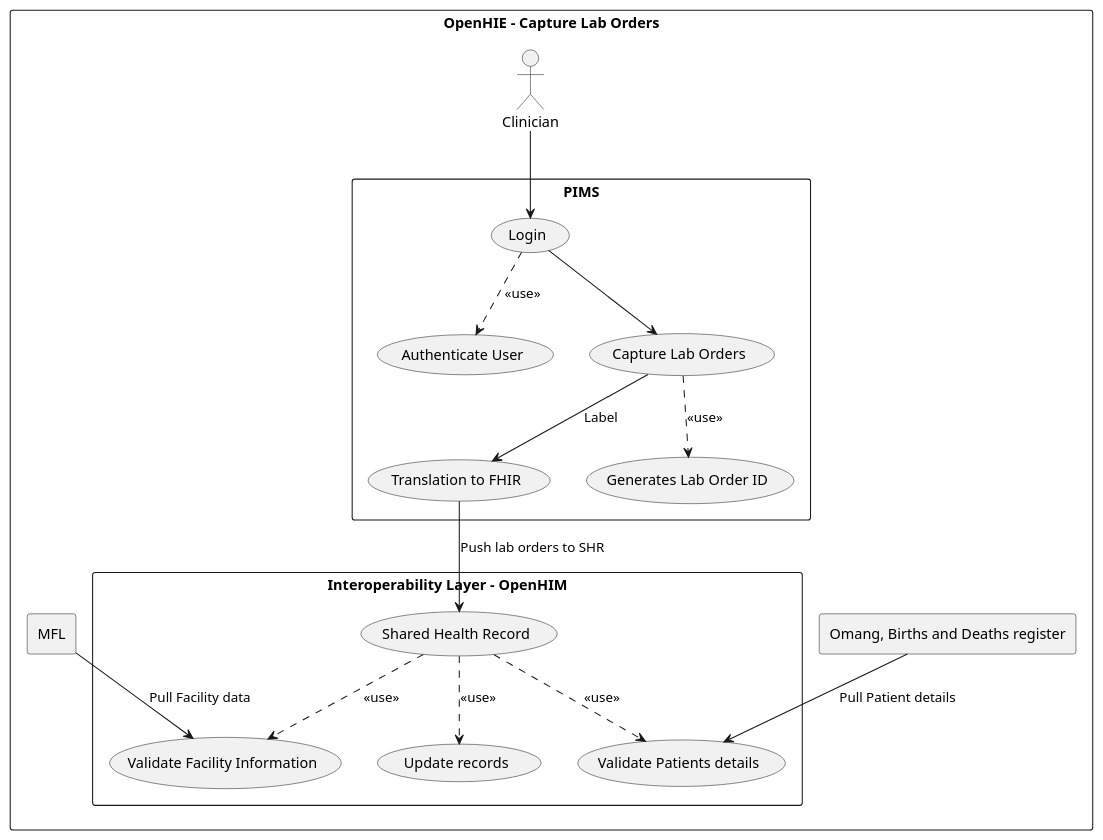
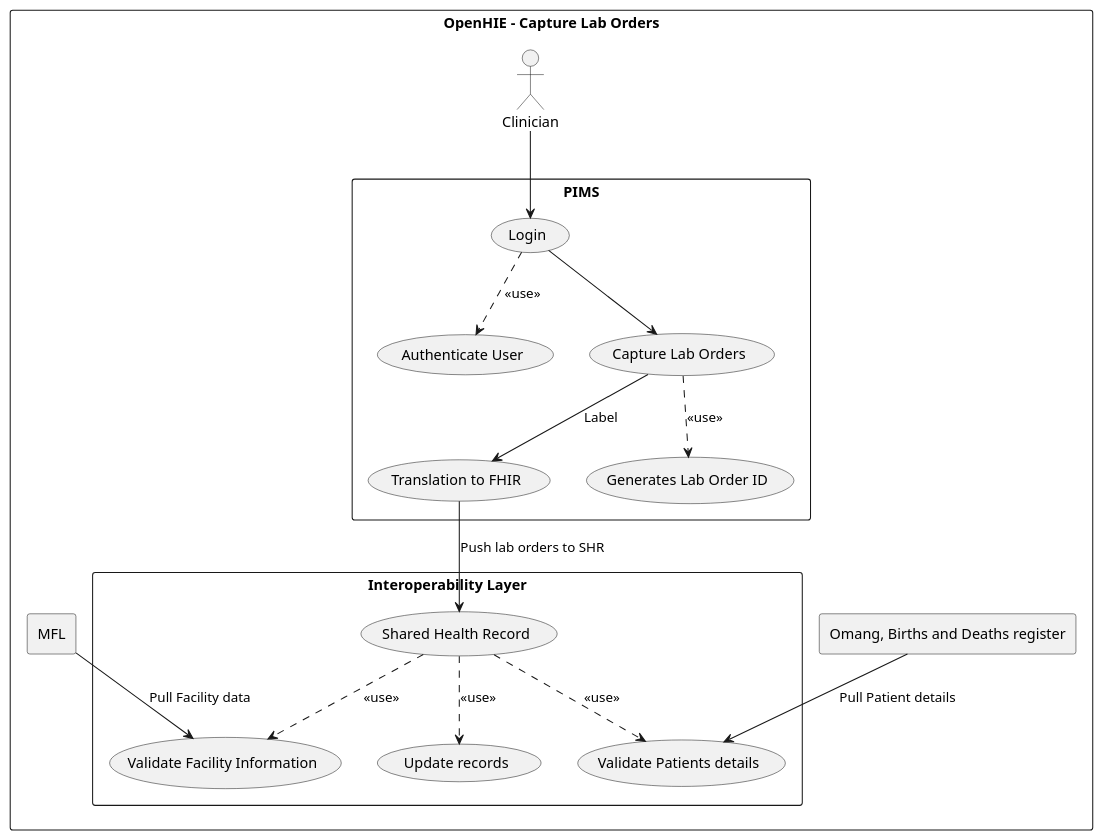
The diagram in input/images-source/captureLabOrders.plantuml (jembi/botswana-hie-fhir-ig), drawn with PlantUML before and after one commit. The commit also changed 4 other files, not shown here.

```diff
--- a/input/images-source/captureLabOrders.plantuml
+++ b/input/images-source/captureLabOrders.plantuml
@@ -1,42 +1,42 @@
 @startuml CaptureLabOrders
 top to bottom direction
 rectangle "OpenHIE - Capture Lab Orders" as CaptureLabOrders {
   actor "Clinician" as clinician
   rectangle PIMS {
   usecase "Login" as CLO1
   usecase "Authenticate User" as CLO2
   usecase "Capture Lab Orders" as CLO3
   usecase "Translation to FHIR" as CLO4
   usecase "Generates Lab Order ID" as CLO5
   }
 
 clinician --> CLO1
 
 (CLO1) ..> (CLO2) : "<<use>>"
 (CLO3) ..> (CLO5) : "<<use>>"
 
 CLO1 --> CLO3
 CLO3 --> CLO4 : "Label"
 
  
-  rectangle "Interoperability Layer - OpenHIM" as OpenHIM {
+  rectangle "Interoperability Layer" as OpenHIM {
     usecase "Update records" as OHIM1
     usecase "Shared Health Record" as OHIM2
     usecase "Validate Patients details" as OHIM3
     usecase "Validate Facility Information" as OHIM4
   }
 
   CLO4 --> OHIM2 : "Push lab orders to SHR"
 
   (OHIM2) ..> (OHIM1) : "<<use>>"
   (OHIM2) ..> (OHIM3) : "<<use>>"
   (OHIM2) ..> (OHIM4) : "<<use>>"
 
   rectangle "Omang, Births and Deaths register" as Omang
   rectangle MFL
 
   (Omang) --> (OHIM3) : "Pull Patient details"
   (MFL) --> (OHIM4) : "Pull Facility data"
 }
 
 @enduml
```
